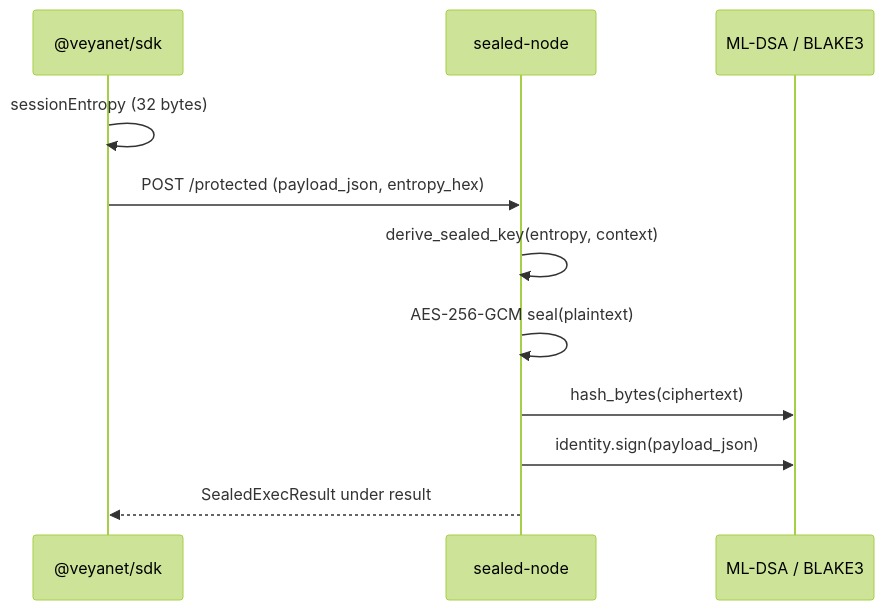
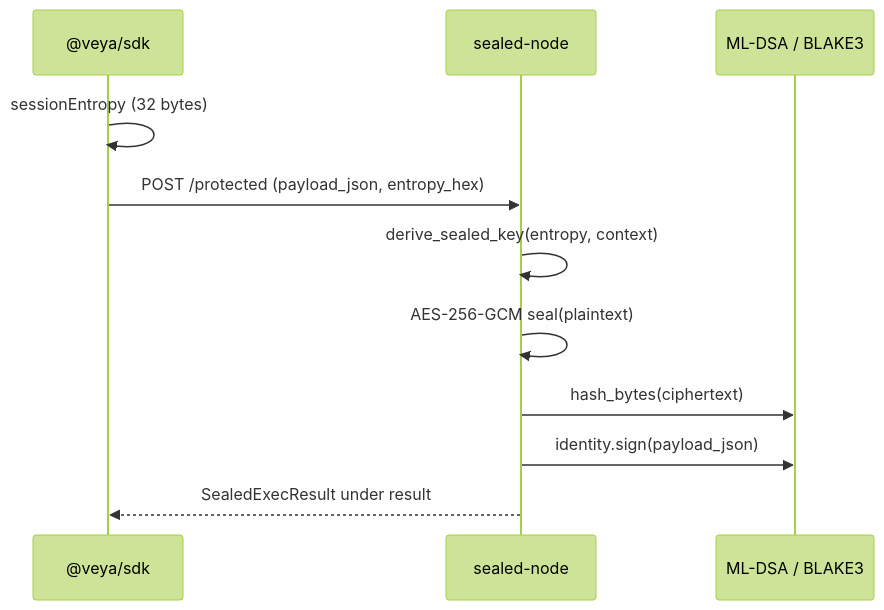
Before and after one commit to veyanet/veya-sdk: the second of 3 diagrams in docs/sdk/sealed-execution.md, drawn with Mermaid (forest theme). The commit also changed other lines of this file, not shown here.

Commit message:
docs(sdk): refresh sealed execution honesty notes

````diff
--- a/docs/sdk/sealed-execution.md
+++ b/docs/sdk/sealed-execution.md
@@ -125,14 +125,14 @@
 ```mermaid
 sequenceDiagram
-    participant SDK as @veyanet/sdk
+    participant SDK as @veya/sdk
     participant SN as sealed-node
     participant PQ as ML-DSA / BLAKE3
 
     SDK->>SDK: sessionEntropy (32 bytes)
     SDK->>SN: POST /protected (payload_json, entropy_hex)
     SN->>SN: derive_sealed_key(entropy, context)
     SN->>SN: AES-256-GCM seal(plaintext)
     SN->>PQ: hash_bytes(ciphertext)
     SN->>PQ: identity.sign(payload_json)
     SN-->>SDK: SealedExecResult under result
 ```
````
